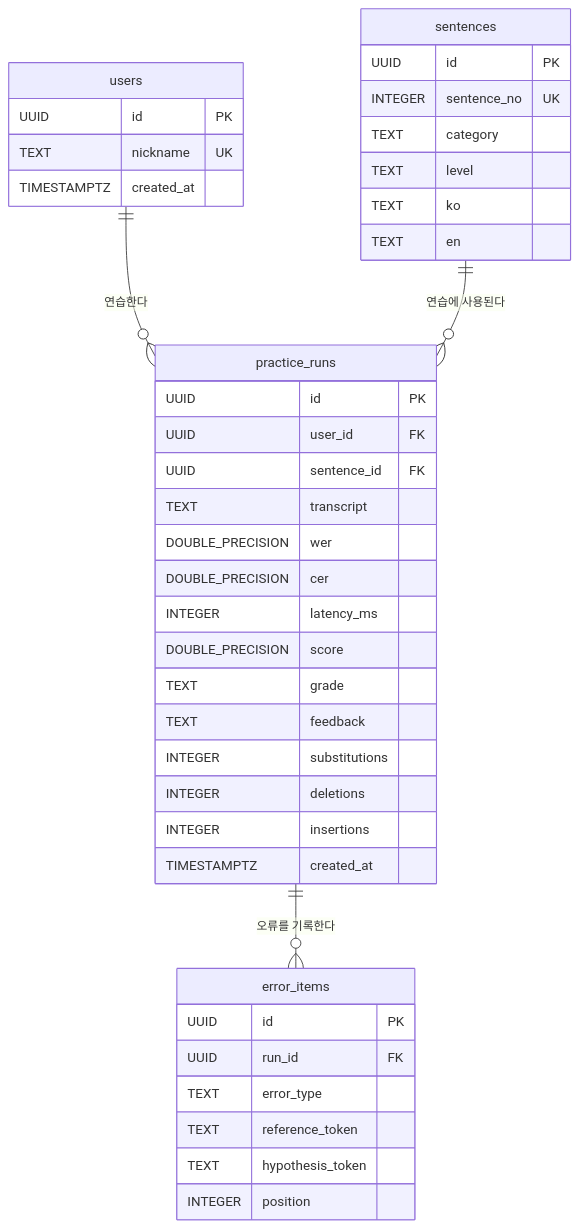
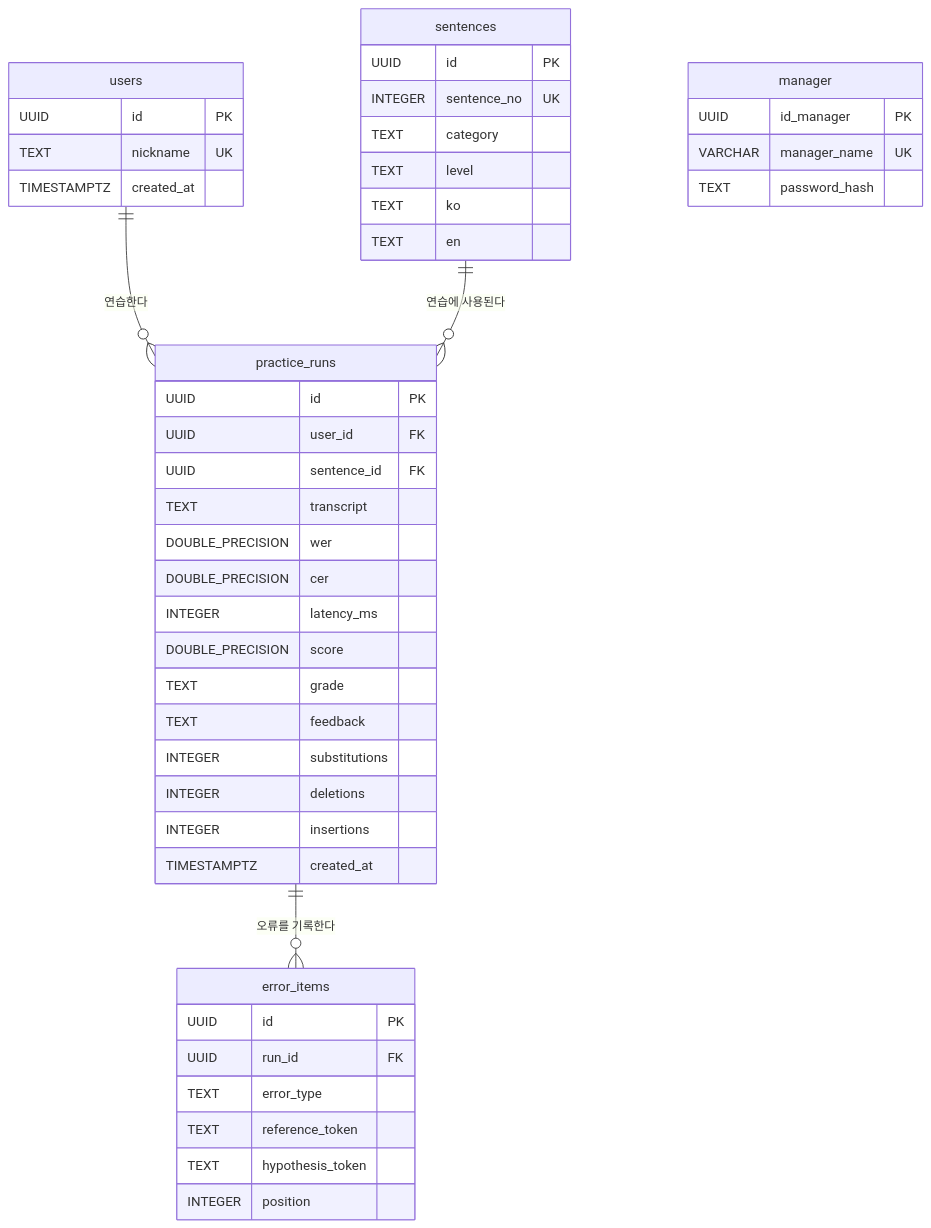
The first of 4 diagrams in ttsstt/day38/2팀_2차프로젝트_안내서&산출물양식/04_DB설계서.md (swj15935758-creator/only_clone), drawn with Mermaid before and after one commit. The commit also changed other lines of this file, not shown here.

````diff
--- a/ttsstt/day38/2팀_2차프로젝트_안내서&산출물양식/04_DB설계서.md
+++ b/ttsstt/day38/2팀_2차프로젝트_안내서&산출물양식/04_DB설계서.md
@@ -7,47 +9,53 @@
 ```mermaid
 erDiagram
     users ||--o{ practice_runs : "연습한다"
     sentences ||--o{ practice_runs : "연습에 사용된다"
     practice_runs ||--o{ error_items : "오류를 기록한다"
 
     users {
         UUID id PK
         TEXT nickname UK
         TIMESTAMPTZ created_at
     }
 
     sentences {
         UUID id PK
         INTEGER sentence_no UK
         TEXT category
         TEXT level
         TEXT ko
         TEXT en
     }
 
     practice_runs {
         UUID id PK
         UUID user_id FK
         UUID sentence_id FK
         TEXT transcript
         DOUBLE_PRECISION wer
         DOUBLE_PRECISION cer
         INTEGER latency_ms
         DOUBLE_PRECISION score
         TEXT grade
         TEXT feedback
         INTEGER substitutions
         INTEGER deletions
         INTEGER insertions
         TIMESTAMPTZ created_at
     }
 
     error_items {
         UUID id PK
         UUID run_id FK
         TEXT error_type
         TEXT reference_token
         TEXT hypothesis_token
         INTEGER position
     }
+
+    manager {
+        UUID id_manager PK
+        VARCHAR manager_name UK
+        TEXT password_hash
+    }
 ```
````
